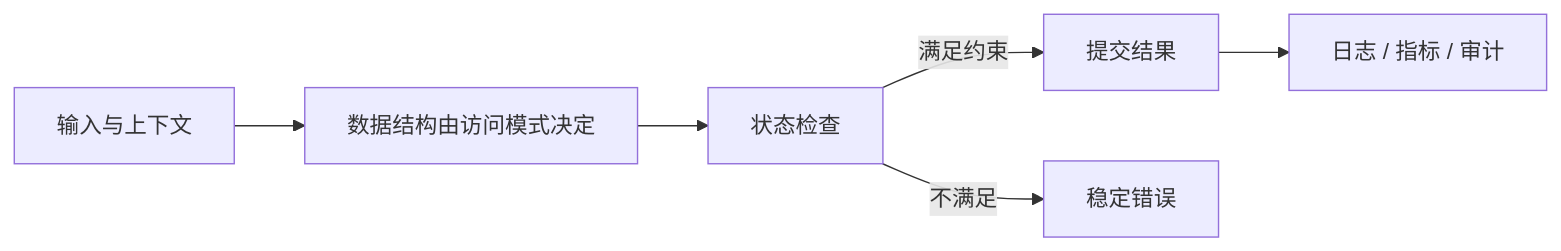
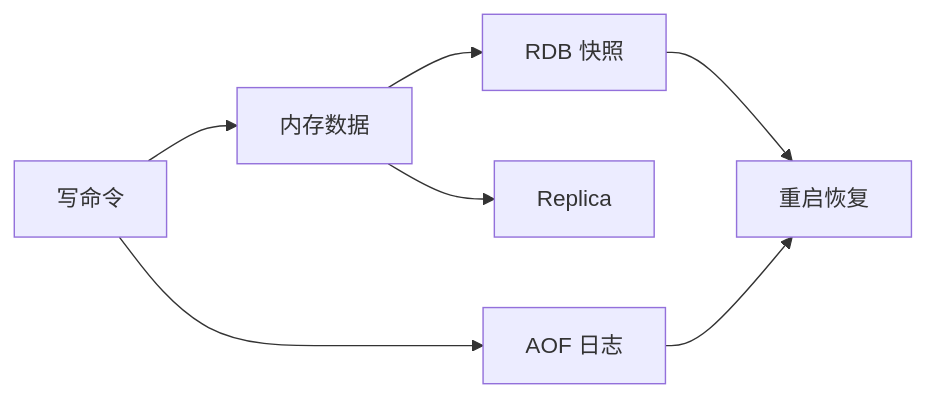
The diagram in docs/backend/redis-types-ttl-persistence.md (upJiang/jiang-blog-vitepress), drawn with Mermaid before and after one commit. The commit also changed other lines of this file and 341 other files, not shown here.

````diff
--- a/docs/backend/redis-types-ttl-persistence.md
+++ b/docs/backend/redis-types-ttl-persistence.md
@@ -34,8 +70,9 @@
 ```mermaid
 flowchart LR
-  A[输入与上下文] --> B[数据结构由访问模式决定]
-  B --> C[状态检查]
-  C -->|满足约束| D[提交结果]
-  C -->|不满足| E[稳定错误]
-  D --> F[日志 / 指标 / 审计]
+  WRITE[写命令] --> MEM[内存数据]
+  MEM --> RDB[RDB 快照]
+  WRITE --> AOF[AOF 日志]
+  MEM --> REPL[Replica]
+  RDB --> RECOVER[重启恢复]
+  AOF --> RECOVER
 ```
````
